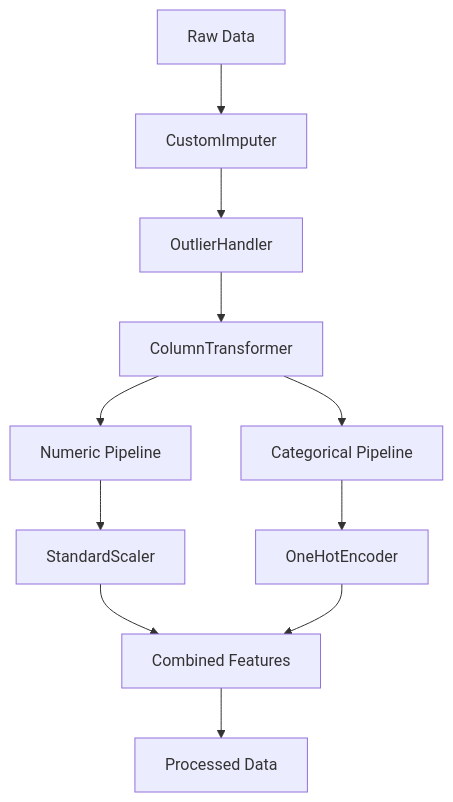
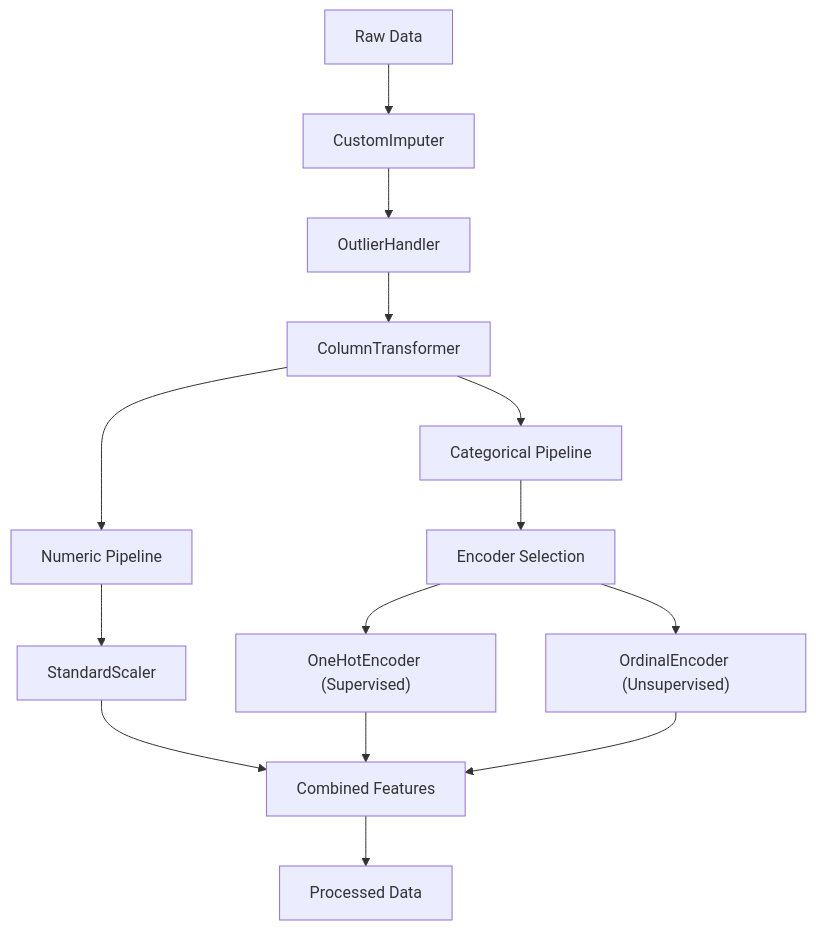
One commit to abhinavssingh/python-learnings changed the diagram in lib/utility/machinelearning/pipeline/PREPROCESSOR.md. Above: the diagram before and after it, drawn with Mermaid. The commit also changed other lines of this file and 17 other files, not shown here.

````diff
--- a/lib/utility/machinelearning/pipeline/PREPROCESSOR.md
+++ b/lib/utility/machinelearning/pipeline/PREPROCESSOR.md
@@ -11,17 +17,21 @@
 ```mermaid
 flowchart TD
     A[Raw Data] --> B[CustomImputer]
     B --> C[OutlierHandler]
     C --> D[ColumnTransformer]
 
     D --> E[Numeric Pipeline]
     D --> F[Categorical Pipeline]
 
     E --> E1[StandardScaler]
-    F --> F1[OneHotEncoder]
+
+    F --> F1[Encoder Selection]
+    F1 --> F2["OneHotEncoder (Supervised)"]
+    F1 --> F3["OrdinalEncoder (Unsupervised)"]
 
     E1 --> G[Combined Features]
-    F1 --> G
+    F2 --> G
+    F3 --> G
 
     G --> H[Processed Data]
 ```
````
